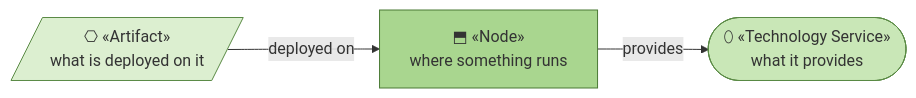
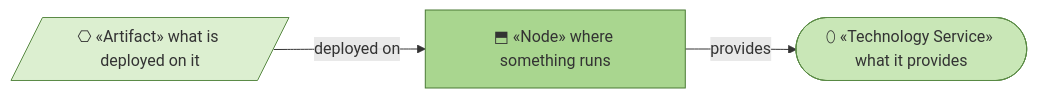
The first of 3 diagrams in product-archreator/architecture/5_technology/1_technology-services.md (roanboc/architecture-archreator), drawn with Mermaid before and after one commit. The commit also changed other lines of this file and 38 other files, not shown here.

````diff
--- a/product-archreator/architecture/5_technology/1_technology-services.md
+++ b/product-archreator/architecture/5_technology/1_technology-services.md
@@ -9,13 +9,13 @@
 ```mermaid
 flowchart LR
-  node["⬒ «Node»<br>where something runs"]:::node
-  tsvc(["⬯ «Technology Service»<br>what it provides"]):::techservice
-  art[/"⎔ «Artifact»<br>what is deployed on it"/]:::artifact
+  node["⬒ «Node» where something runs"]:::node
+  tsvc(["⬯ «Technology Service» what it provides"]):::techservice
+  art[/"⎔ «Artifact» what is deployed on it"/]:::artifact
 
   node -->|provides| tsvc
   art -->|deployed on| node
 
   classDef node fill:#a9d68f,stroke:#4a7a35,color:#333
   classDef techservice fill:#c9e7b7,stroke:#5a8a45,color:#333
   classDef artifact fill:#dcefd0,stroke:#5a8a45,color:#333
 ```
````
